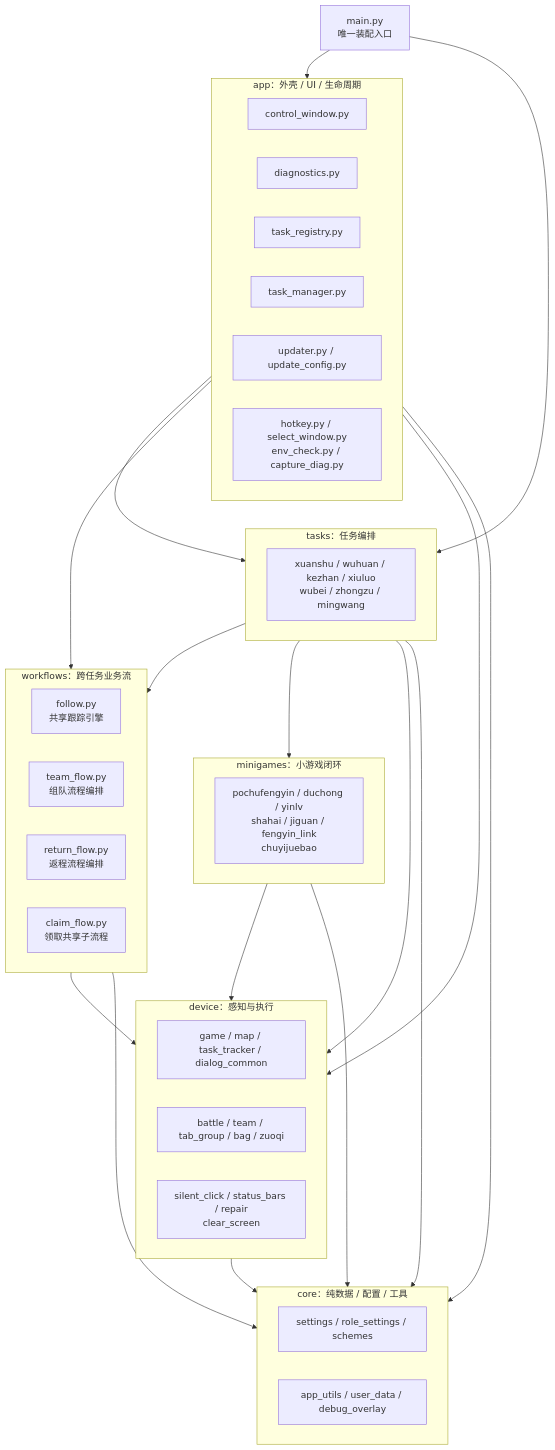
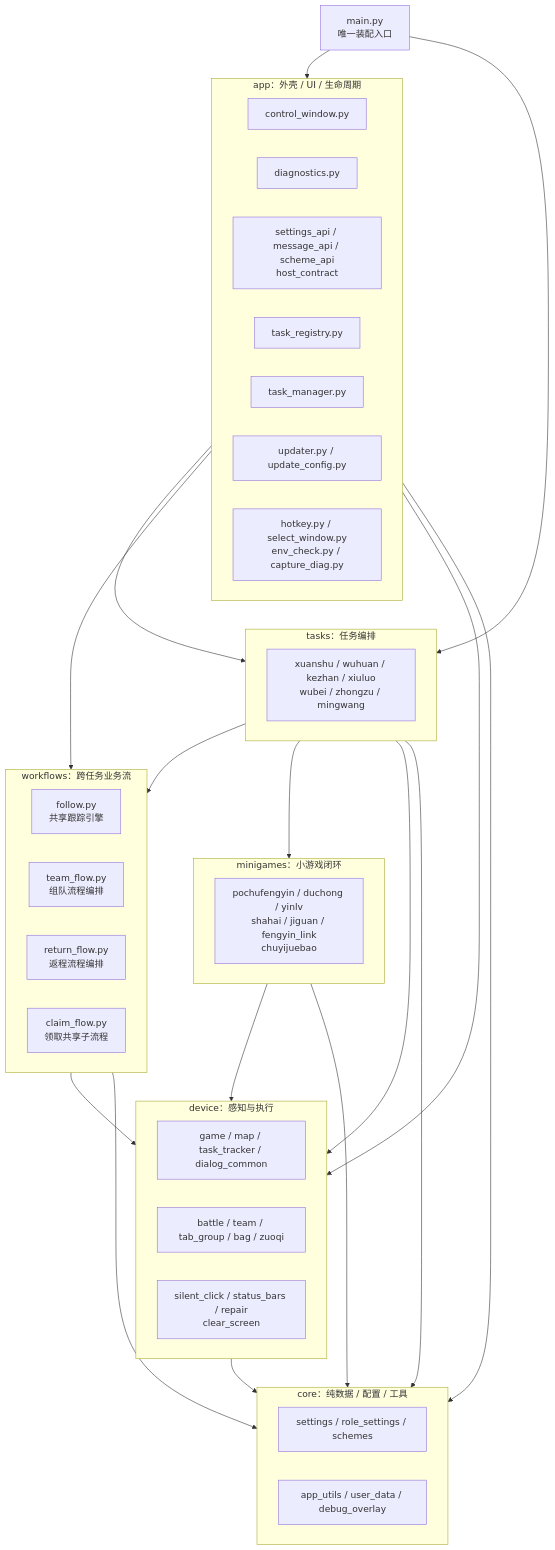
Before and after one commit to OPC-UNI/dhxy_ascript: the second of 16 diagrams in docs/architecture.md, drawn with Mermaid. The commit also changed other lines of this file and 10 other files, not shown here.

````diff
--- a/docs/architecture.md
+++ b/docs/architecture.md
@@ -133,55 +133,56 @@
 ```mermaid
 flowchart TB
     MAIN["main.py<br/>唯一装配入口"]
 
     subgraph APP["app：外壳 / UI / 生命周期"]
         UI["control_window.py"]
         DIAG["diagnostics.py"]
+        API["settings_api / message_api / scheme_api<br/>host_contract"]
         REG["task_registry.py"]
         TM["task_manager.py"]
         UPD["updater.py / update_config.py"]
         MISC["hotkey.py / select_window.py<br/>env_check.py / capture_diag.py"]
     end
 
     subgraph TASKS["tasks：任务编排"]
         T1["xuanshu / wuhuan / kezhan / xiuluo<br/>wubei / zhongzu / mingwang"]
     end
 
     subgraph WORKFLOWS["workflows：跨任务业务流"]
         FOLLOW["follow.py<br/>共享跟踪引擎"]
         TEAMFLOW["team_flow.py<br/>组队流程编排"]
         RETFLOW["return_flow.py<br/>返程流程编排"]
         CLAIMFLOW["claim_flow.py<br/>领取共享子流程"]
     end
 
     subgraph MINIGAMES["minigames：小游戏闭环"]
         MG["pochufengyin / duchong / yinlv<br/>shahai / jiguan / fengyin_link<br/>chuyijuebao"]
     end
 
     subgraph DEVICE["device：感知与执行"]
         D1["game / map / task_tracker / dialog_common"]
         D2["battle / team / tab_group / bag / zuoqi"]
         D3["silent_click / status_bars / repair<br/>clear_screen"]
     end
 
     subgraph CORE["core：纯数据 / 配置 / 工具"]
         C1["settings / role_settings / schemes"]
         C2["app_utils / user_data / debug_overlay"]
     end
 
     MAIN --> APP
     MAIN --> TASKS
     APP --> TASKS
     APP --> WORKFLOWS
     APP --> DEVICE
     APP --> CORE
     TASKS --> WORKFLOWS
     TASKS --> MINIGAMES
     TASKS --> DEVICE
     TASKS --> CORE
     WORKFLOWS --> DEVICE
     WORKFLOWS --> CORE
     MINIGAMES --> DEVICE
     MINIGAMES --> CORE
     DEVICE --> CORE
 ```
````
